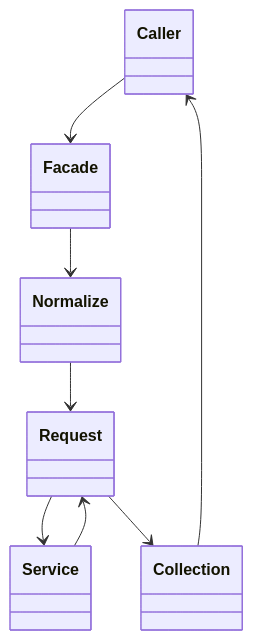
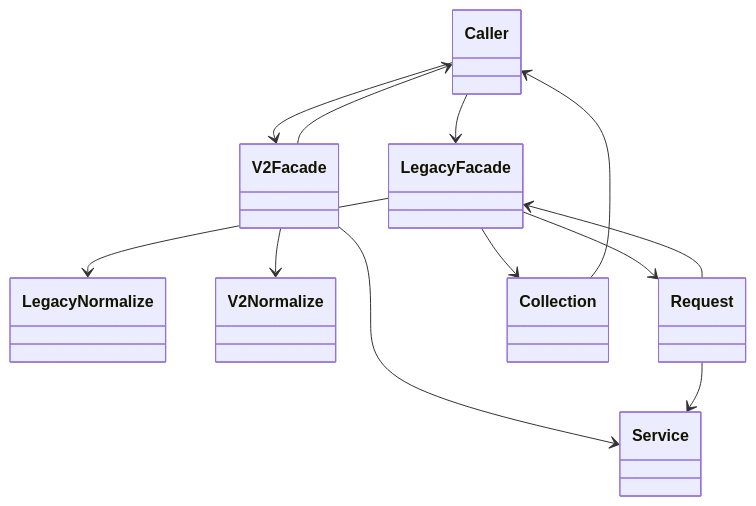
One commit to webex/webex-js-sdk changed the fourth of 4 diagrams in packages/@webex/plugin-meetings/src/meeting-info/ai-docs/meeting-info-spec.md. Above: the diagram before and after it, drawn with Mermaid. The commit also changed other lines of this file and 24 other files, not shown here.

````diff
--- a/packages/@webex/plugin-meetings/src/meeting-info/ai-docs/meeting-info-spec.md
+++ b/packages/@webex/plugin-meetings/src/meeting-info/ai-docs/meeting-info-spec.md
@@ -158,16 +186,22 @@
 ```mermaid
 classDiagram
   class Caller
-  class Facade
-  class Normalize
+  class LegacyFacade
+  class V2Facade
+  class LegacyNormalize
+  class V2Normalize
   class Request
   class Service
   class Collection
-  Caller --> Facade
-  Facade --> Normalize
-  Normalize --> Request
+  Caller --> LegacyFacade
+  Caller --> V2Facade
+  LegacyFacade --> LegacyNormalize
+  V2Facade --> V2Normalize
+  LegacyFacade --> Request
+  V2Facade --> Service
   Request --> Service
-  Service --> Request
-  Request --> Collection
+  Request --> LegacyFacade
+  LegacyFacade --> Collection
   Collection --> Caller
+  V2Facade --> Caller
 ```
````
